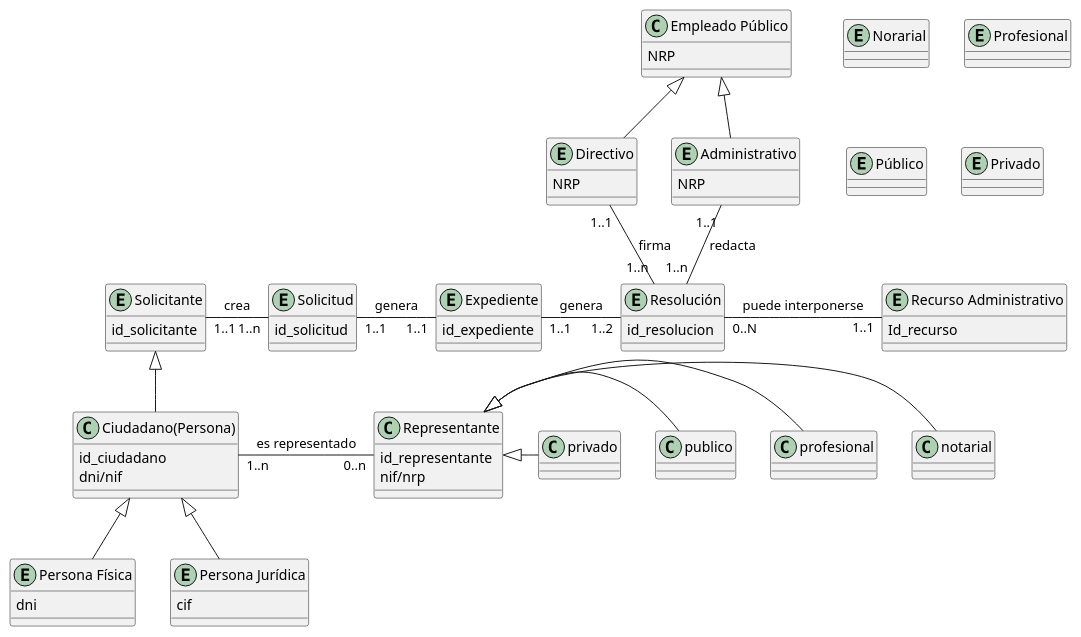
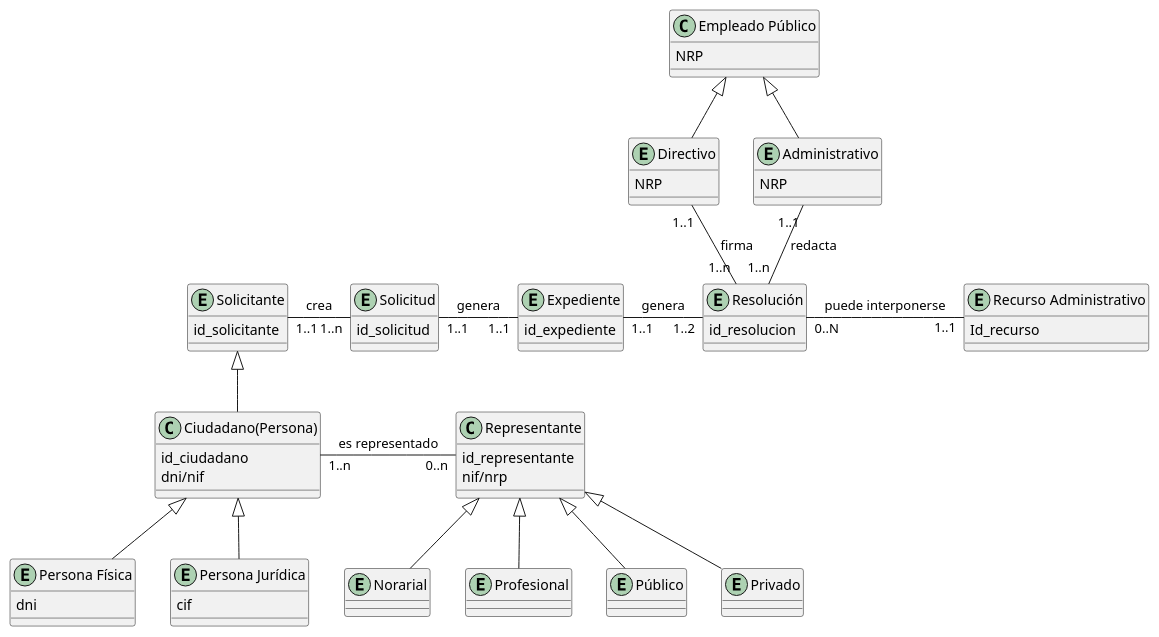
One commit to pmoreno-rodriguez/opos_gsi changed the diagram in docs/temas/Diagramas/ejemplo1-diagrama-clases.md. Above: the diagram before and after it, drawn with PlantUML.

Commit message:
Actualización entidades de representante

````diff
--- a/docs/temas/Diagramas/ejemplo1-diagrama-clases.md
+++ b/docs/temas/Diagramas/ejemplo1-diagrama-clases.md
@@ -3,67 +3,67 @@
 ```plantuml
 @startuml
 
 entity "Solicitante" as solicitante {
     id_solicitante
 }
 class "Ciudadano(Persona)" as ciudadano {
     id_ciudadano
     dni/nif
 }
 class "Representante" as representante{
     id_representante
     nif/nrp
 }
 entity "Persona Física" as pfisica {
     dni
 }
 entity "Persona Jurídica" as pjuridica {
     cif
 }
 entity "Solicitud" as solicitud {
     id_solicitud
 }
 entity "Expediente" as expte {
     id_expediente
 }
 entity "Resolución" as resol {
     id_resolucion
 }
 entity "Administrativo" as admtivo{
     NRP
 }
 entity "Directivo" as directivo{
     NRP
 }
 entity "Recurso Administrativo" as recurso {
     Id_recurso
 }
 class "Empleado Público" as epublico {
     NRP
 }
 entity "Norarial" as rnotarial
 entity "Profesional" as rprofesional
 entity "Público" as rpublico
 entity "Privado" as rprivado
 
 solicitante <|--ciudadano
 ciudadano "1..n" - "0..n" representante: "es representado"
 ciudadano <|--pfisica
 ciudadano <|--pjuridica
-representante <|--rnotarial
-representante <|--rprofesional
-representante <|--rpublico
-representante <|--rprivado
+representante <|-down- rnotarial
+representante <|-down- rprofesional
+representante <|-down- rpublico
+representante <|-down- rprivado
 
 solicitante "1..1" - "1..n" solicitud: crea
 solicitud "1..1" - "1..1" expte: genera
 expte "1..1" - "1..2" resol: genera
 
 resol "1..n" -up- "1..1" admtivo: redacta
 resol "1..n" -up- "1..1" directivo: firma
 directivo -up-|> epublico
 admtivo -up-|> epublico
 resol "0..N" -right- "1..1" recurso: "puede interponerse"
 
 @enduml
 ```
````
